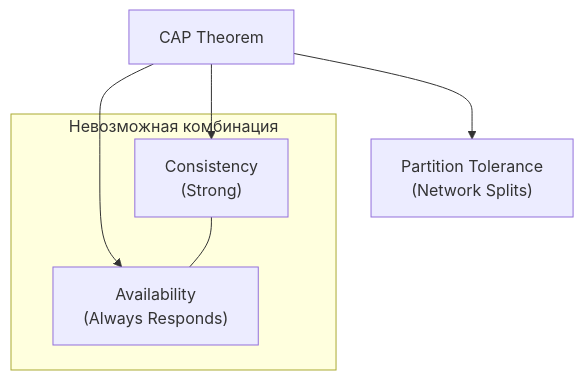
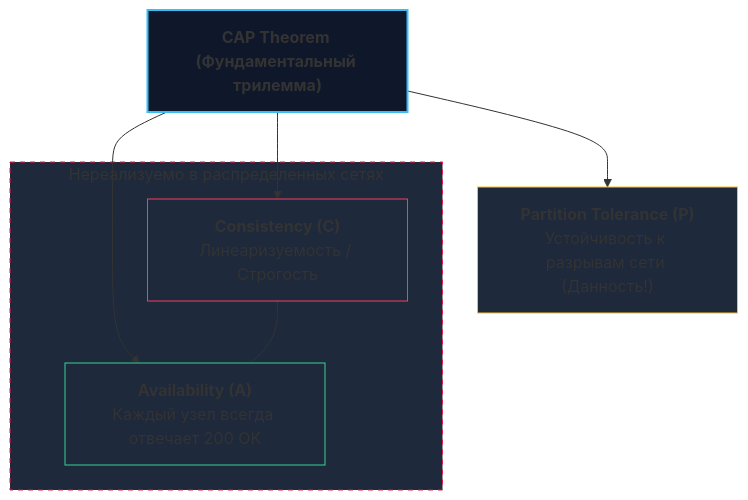
One commit to UnrealTemplier/go-textbook changed the second of 3 diagrams in sources/12. Базы данных/08. Распределенные базы данных/6. Consistency модели.md. Above: the diagram before and after it, drawn with Mermaid. The commit also changed other lines of this file, not shown here.

````diff
--- a/sources/12. Базы данных/08. Распределенные базы данных/6. Consistency модели.md
+++ b/sources/12. Базы данных/08. Распределенные базы данных/6. Consistency модели.md
@@ -54,11 +75,17 @@
 ```mermaid
 graph TD
-    CAP["CAP Theorem"]
-    CAP --> C["Consistency <br> (Strong)"]
-    CAP --> A["Availability <br> (Always Responds)"]
-    CAP --> P["Partition Tolerance <br> (Network Splits)"]
+    CAP["<b>CAP Theorem (Фундаментальный трилемма)</b>"]
+    CAP --> C["<b>Consistency (C)</b><br>Линеаризуемость / Строгость"]
+    CAP --> A["<b>Availability (A)</b><br>Каждый узел всегда отвечает 200 OK"]
+    CAP --> P["<b>Partition Tolerance (P)</b><br>Устойчивость к разрывам сети (Данность!)"]
     
-    subgraph "Невозможная комбинация"
+    subgraph Forbidden ["Нереализуемо в распределенных сетях"]
         C --- A
     end
+
+    style CAP fill:#0f172a,stroke:#38bdf8,stroke-width:2px
+    style C fill:#1e293b,stroke:#f43f5e,stroke-width:1px
+    style A fill:#1e293b,stroke:#34d399,stroke-width:1px
+    style P fill:#1e293b,stroke:#fbbf24,stroke-width:1px
+    style Forbidden fill:#1e293b,stroke:#e11d48,stroke-dasharray: 5 5
 ```
````
